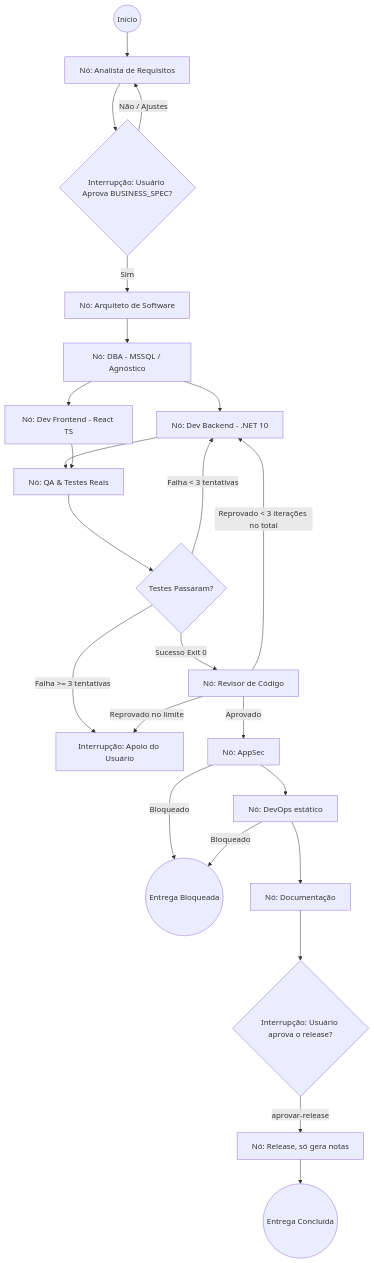
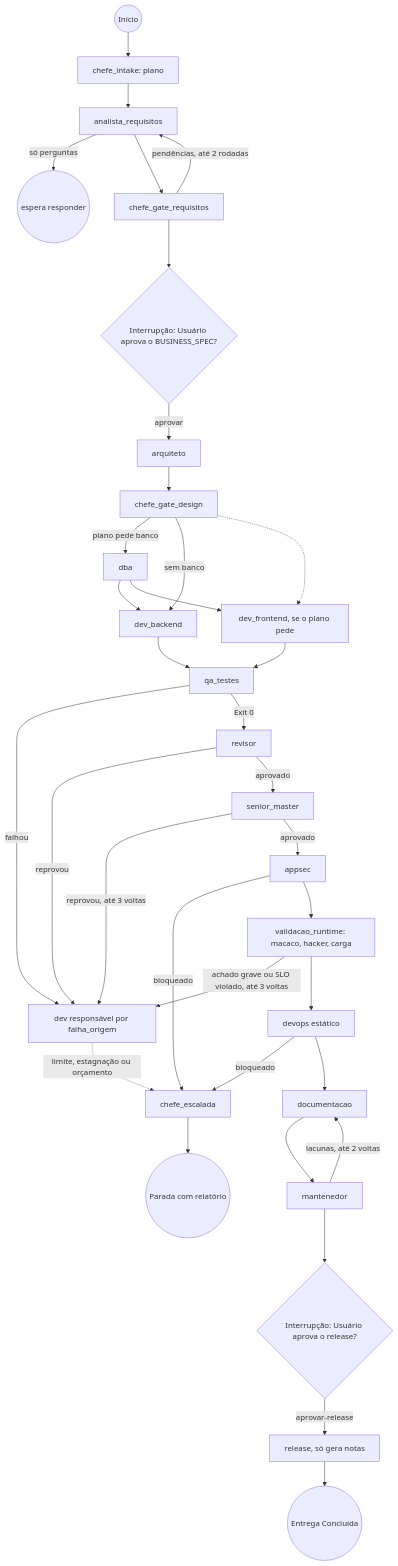
One commit to tudoemcodigo/TudoIA changed the diagram in docs/squadti/03-guia-de-implementacao.md. Above: the diagram before and after it, drawn with Mermaid. The commit also changed other lines of this file and 31 other files, not shown here.

````diff
--- a/docs/squadti/03-guia-de-implementacao.md
+++ b/docs/squadti/03-guia-de-implementacao.md
@@ -64,31 +69,41 @@
 ```mermaid
 flowchart TD
-    START((Início)) --> NodeRequisitos[Nó: Analista de Requisitos]
-    NodeRequisitos --> CheckpointReq{Interrupção: Usuário Aprova BUSINESS_SPEC?}
-    
-    CheckpointReq -->|Sim| NodeArquiteto[Nó: Arquiteto de Software]
-    CheckpointReq -->|Não / Ajustes| NodeRequisitos
-    
-    NodeArquiteto --> NodeDBA[Nó: DBA - MSSQL / Agnóstico]
-    NodeDBA --> NodeBackend[Nó: Dev Backend - .NET 10]
-    NodeDBA --> NodeFrontend[Nó: Dev Frontend - React TS]
-    
-    NodeBackend --> NodeQA[Nó: QA & Testes Reais]
+    START((Início)) --> Intake[chefe_intake: plano]
+    Intake --> NodeRequisitos[analista_requisitos]
+    NodeRequisitos -->|só perguntas| Espera((espera responder))
+    NodeRequisitos --> GateReq[chefe_gate_requisitos]
+    GateReq -->|pendências, até 2 rodadas| NodeRequisitos
+    GateReq --> CheckpointReq{Interrupção: Usuário aprova o BUSINESS_SPEC?}
+
+    CheckpointReq -->|aprovar| NodeArquiteto[arquiteto]
+    NodeArquiteto --> GateDesign[chefe_gate_design]
+    GateDesign -->|plano pede banco| NodeDBA[dba]
+    GateDesign -->|sem banco| NodeBackend[dev_backend]
+    NodeDBA --> NodeBackend
+    NodeDBA --> NodeFrontend[dev_frontend, se o plano pede]
+    GateDesign -.-> NodeFrontend
+
+    NodeBackend --> NodeQA[qa_testes]
     NodeFrontend --> NodeQA
-    
-    NodeQA --> CheckQA{Testes Passaram?}
-    CheckQA -->|Falha < 3 tentativas| NodeBackend
-    CheckQA -->|Falha >= 3 tentativas| CheckpointHumano[Interrupção: Apoio do Usuário]
-    CheckQA -->|Sucesso Exit 0| NodeRevisor[Nó: Revisor de Código]
-    NodeRevisor -->|Reprovado < 3 iterações no total| NodeBackend
-    NodeRevisor -->|Reprovado no limite| CheckpointHumano
-    NodeRevisor -->|Aprovado| NodeAppSec[Nó: AppSec]
-    
-    NodeAppSec -->|Bloqueado| BLOQ((Entrega Bloqueada))
-    NodeAppSec --> NodeDevOps[Nó: DevOps estático]
-    NodeDevOps -->|Bloqueado| BLOQ
-    NodeDevOps --> NodeDoc[Nó: Documentação]
-    NodeDoc --> CheckpointRelease{Interrupção: Usuário aprova o release?}
-    CheckpointRelease -->|aprovar-release| NodeRelease[Nó: Release, só gera notas]
+    NodeQA -->|falhou| Correcao[dev responsável por falha_origem]
+    NodeQA -->|Exit 0| NodeRevisor[revisor]
+    NodeRevisor -->|reprovou| Correcao
+    NodeRevisor -->|aprovado| NodeSenior[senior_master]
+    NodeSenior -->|reprovou, até 3 voltas| Correcao
+    NodeSenior -->|aprovado| NodeAppSec[appsec]
+
+    NodeAppSec -->|bloqueado| ESC[chefe_escalada]
+    NodeAppSec --> NodeVal[validacao_runtime: macaco, hacker, carga]
+    NodeVal -->|achado grave ou SLO violado, até 3 voltas| Correcao
+    NodeVal --> NodeDevOps[devops estático]
+    NodeDevOps -->|bloqueado| ESC
+    NodeDevOps --> NodeDoc[documentacao]
+    NodeDoc --> NodeMant[mantenedor]
+    NodeMant -->|lacunas, até 2 voltas| NodeDoc
+    NodeMant --> CheckpointRelease{Interrupção: Usuário aprova o release?}
+    CheckpointRelease -->|aprovar-release| NodeRelease[release, só gera notas]
     NodeRelease --> END((Entrega Concluída))
+
+    Correcao -.->|limite, estagnação ou orçamento| ESC
+    ESC --> FIM((Parada com relatório))
 ```
````
